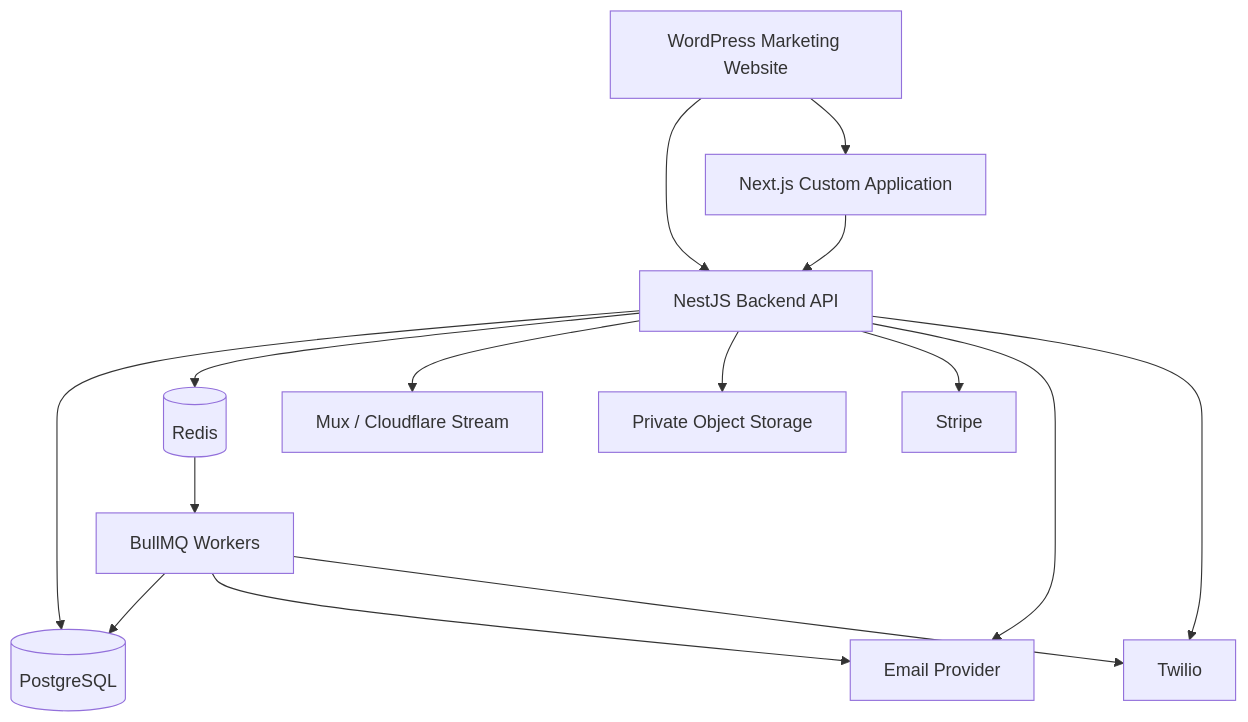
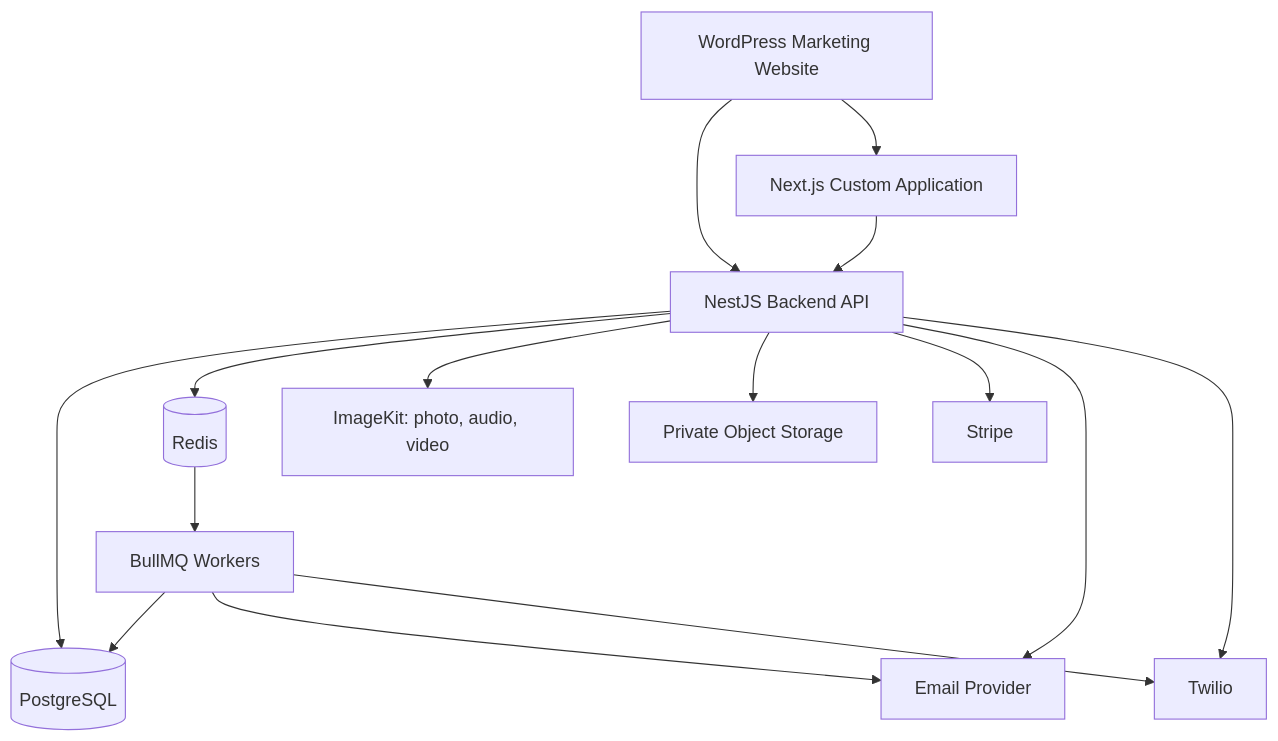
One commit to team-digitalmarketersperth/FOR-AFTER-DIGITAL-VAULT changed the diagram in for-after-backend/docs/PROJECT_OVERVIEW.md. Above: the diagram before and after it, drawn with Mermaid. The commit also changed other lines of this file and 157 other files, not shown here.

````diff
--- a/for-after-backend/docs/PROJECT_OVERVIEW.md
+++ b/for-after-backend/docs/PROJECT_OVERVIEW.md
@@ -538,23 +539,23 @@
 ```mermaid
 flowchart TB
     WP[WordPress Marketing Website]
     APP[Next.js Custom Application]
     API[NestJS Backend API]
 
     WP --> API
     WP --> APP
     APP --> API
 
     API --> PG[(PostgreSQL)]
     API --> REDIS[(Redis)]
-    API --> VIDEO[Mux / Cloudflare Stream]
+    API --> VIDEO[ImageKit: photo, audio, video]
     API --> STORAGE[Private Object Storage]
     API --> STRIPE[Stripe]
     API --> EMAIL[Email Provider]
     API --> SMS[Twilio]
 
     REDIS --> WORKER[BullMQ Workers]
     WORKER --> PG
     WORKER --> EMAIL
     WORKER --> SMS
 ```
````
